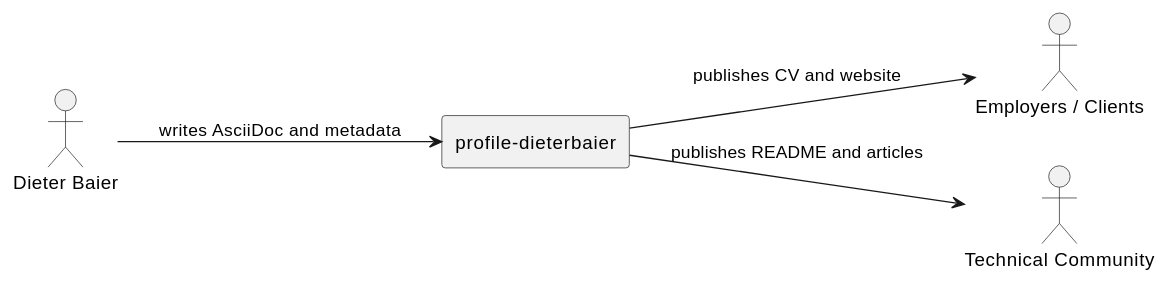
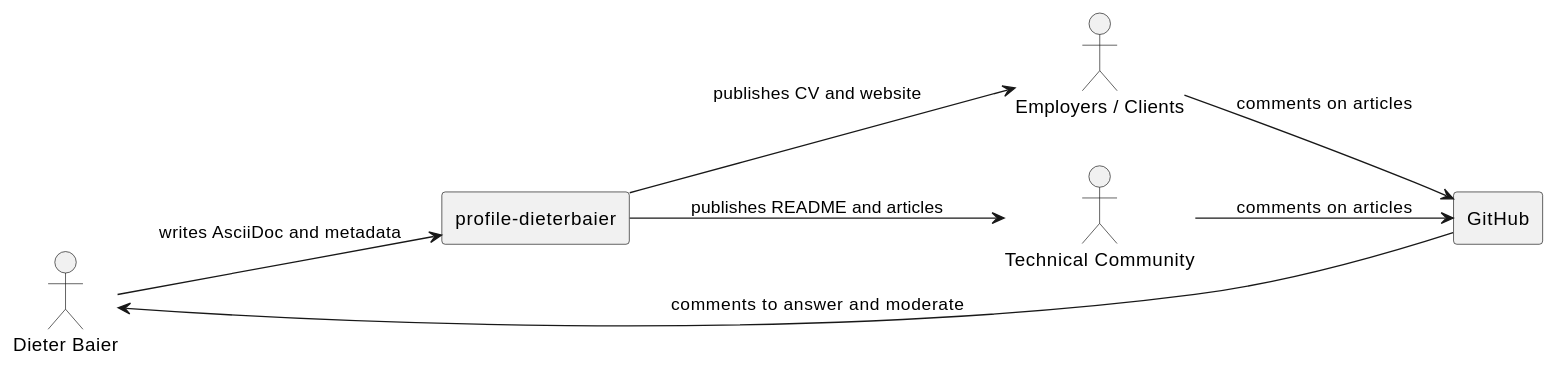
The first of 2 diagrams in src-content/docs/arc42/doc-03000-system-scope-and-context.adoc (dieterbaier/profile), drawn with PlantUML before and after one commit. The commit also changed other lines of this file and 4 other files, not shown here.

```diff
--- a/src-content/docs/arc42/doc-03000-system-scope-and-context.adoc
+++ b/src-content/docs/arc42/doc-03000-system-scope-and-context.adoc
@@ -22,13 +22,17 @@
 [plantuml]
 ----
 @startuml
 left to right direction
 actor "Dieter Baier" as Author
 rectangle "profile-dieterbaier" as System
 actor "Employers / Clients" as Audience
 actor "Technical Community" as Community
+rectangle "GitHub" as GitHub
 Author --> System : writes AsciiDoc and metadata
 System --> Audience : publishes CV and website
 System --> Community : publishes README and articles
+Audience --> GitHub : comments on articles
+Community --> GitHub : comments on articles
+GitHub --> Author : comments to answer and moderate
 @enduml
 ----
```
